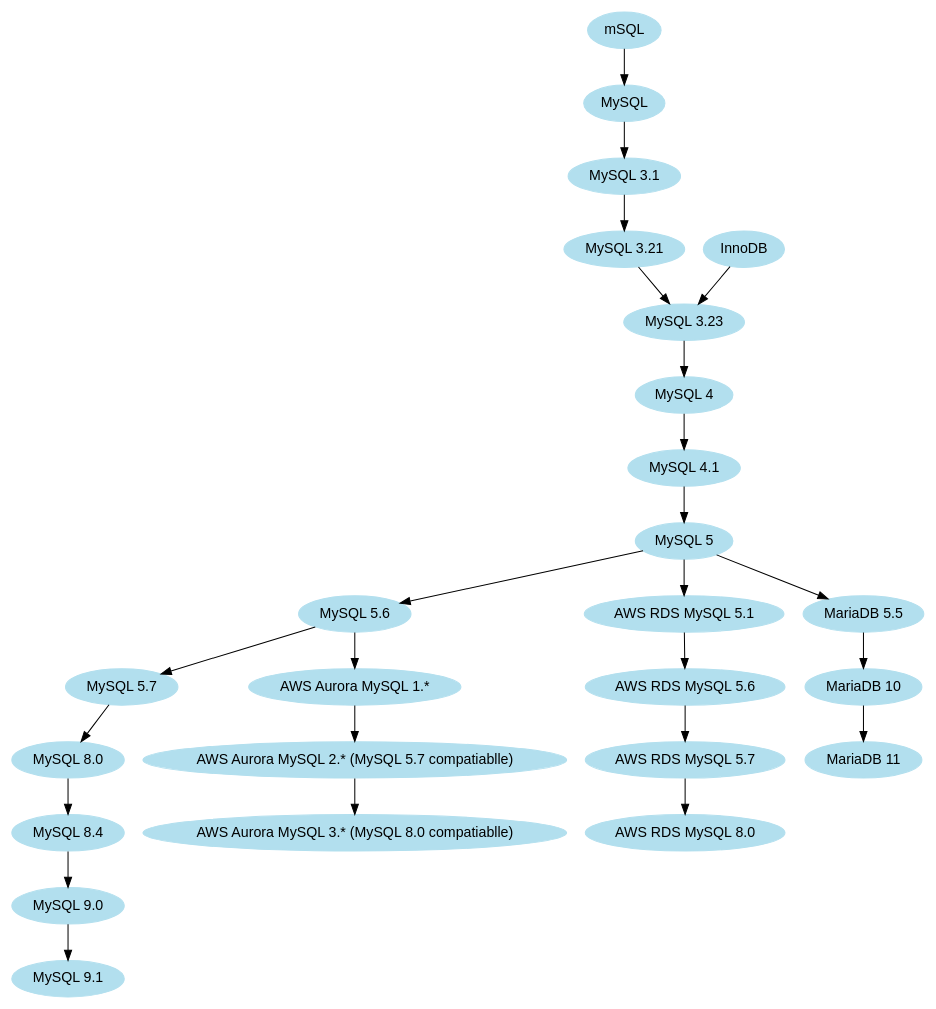
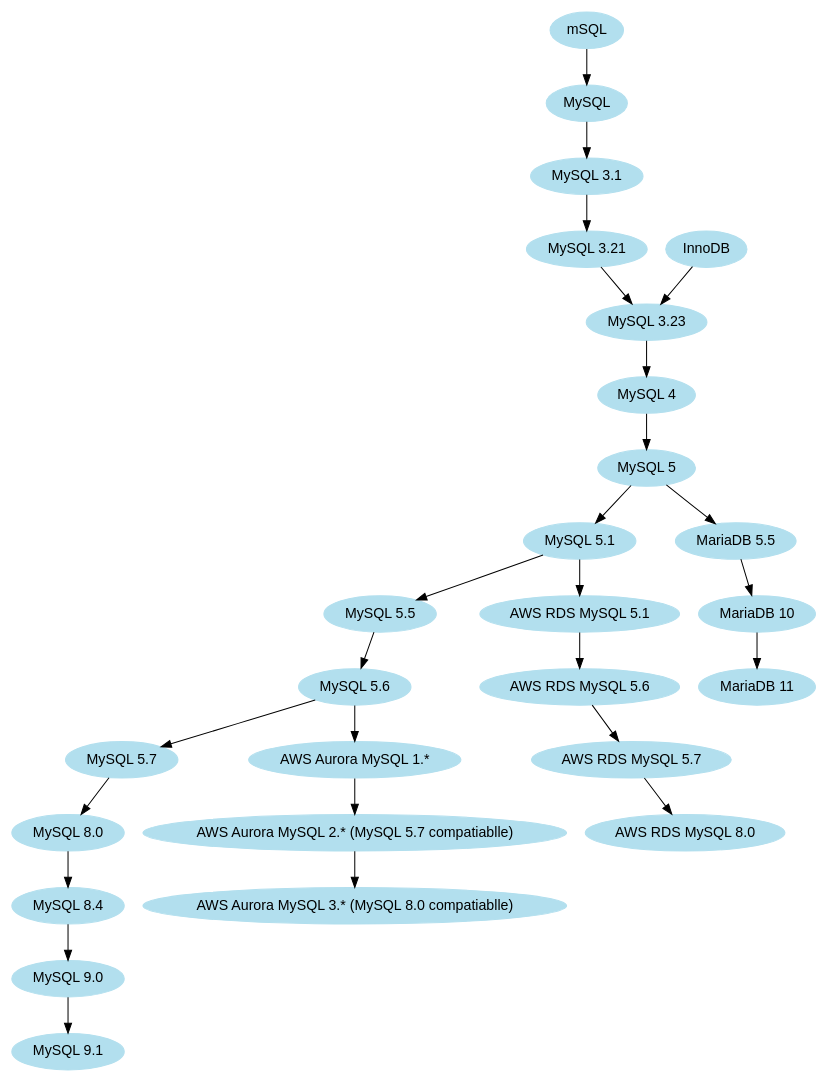
One commit to bopjiang/drawing changed the diagram in database/mysql.dot. Above: the diagram before and after it, drawn with Graphviz.

Commit message:
add mysql 5.1

```diff
--- a/database/mysql.dot
+++ b/database/mysql.dot
@@ -1,36 +1,37 @@
 /* ref: https://graphviz.org/Gallery/directed/unix.html */
 
 /* courtesy Ian Darwin and Geoff Collyer, Softquad Inc. */
 digraph MySQL {
 	fontname="Helvetica,Arial,sans-serif"
 	node [fontname="Helvetica,Arial,sans-serif"]
 	edge [fontname="Helvetica,Arial,sans-serif"]
 	node [color=lightblue2, style=filled];
 	"mSQL" -> "MySQL";
 	"MySQL" -> "MySQL 3.1";
 	"MySQL 3.1" -> "MySQL 3.21";
 	"InnoDB" -> "MySQL 3.23";
 	"MySQL 3.21" -> "MySQL 3.23";
 	"MySQL 3.23" -> "MySQL 4";
-	"MySQL 4" -> "MySQL 4.1";
-	"MySQL 4.1" -> "MySQL 5";
-	"MySQL 5" -> "MySQL 5.6";
+	"MySQL 4" -> "MySQL 5";
+	"MySQL 5" -> "MySQL 5.1";
+	"MySQL 5.1" -> "MySQL 5.5";
+	"MySQL 5.5" -> "MySQL 5.6";
 	"MySQL 5.6" -> "MySQL 5.7";
 	"MySQL 5.7" -> "MySQL 8.0";
 	"MySQL 8.0" -> "MySQL 8.4";
 	"MySQL 8.4" -> "MySQL 9.0";
 	"MySQL 9.0" -> "MySQL 9.1";
 
-	"MySQL 5" -> "AWS RDS MySQL 5.1";
+	"MySQL 5.1" -> "AWS RDS MySQL 5.1";
 	"AWS RDS MySQL 5.1" -> "AWS RDS MySQL 5.6";
 	"AWS RDS MySQL 5.6" -> "AWS RDS MySQL 5.7";
 	"AWS RDS MySQL 5.7" -> "AWS RDS MySQL 8.0";
 
 	"MySQL 5.6"  -> "AWS Aurora MySQL 1.*";
 	"AWS Aurora MySQL 1.*"-> "AWS Aurora MySQL 2.* (MySQL 5.7 compatiablle)";
 	"AWS Aurora MySQL 2.* (MySQL 5.7 compatiablle)" -> "AWS Aurora MySQL 3.* (MySQL 8.0 compatiablle)";
 
 	"MySQL 5" -> "MariaDB 5.5";
 	"MariaDB 5.5" -> "MariaDB 10";
 	"MariaDB 10" -> "MariaDB 11";
 }
```
